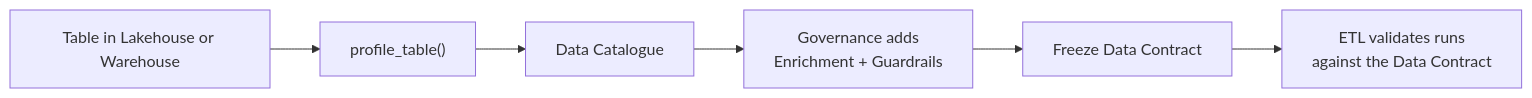
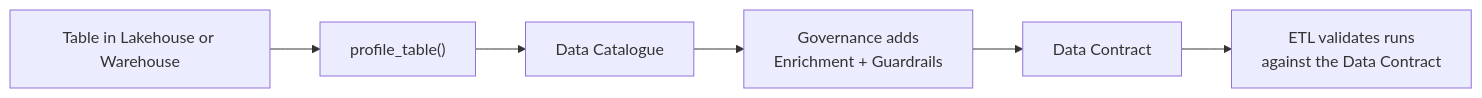
One commit to Voycepeh/FabricOps-Starter-Kit changed the third of 5 diagrams in docs/how-fabricops-works.md. Above: the diagram before and after it, drawn with Mermaid. The commit also changed other lines of this file, not shown here.

````diff
--- a/docs/how-fabricops-works.md
+++ b/docs/how-fabricops-works.md
@@ -158,8 +158,8 @@
 ```mermaid
 flowchart LR
     TABLE["Table in Lakehouse or Warehouse"] --> PROFILE["profile_table()"]
     PROFILE --> CATALOGUE["Data Catalogue"]
     CATALOGUE --> GOVERNANCE["Governance adds<br/>Enrichment + Guardrails"]
-    GOVERNANCE --> CONTRACT["Freeze Data Contract"]
+    GOVERNANCE --> CONTRACT["Data Contract"]
     CONTRACT --> ETL["ETL validates runs<br/>against the Data Contract"]
 ```
````
